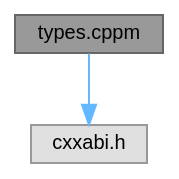
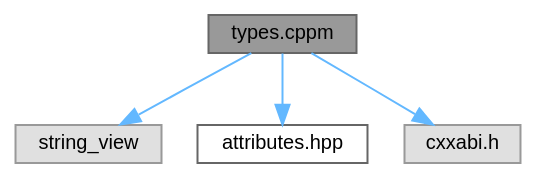
Before and after one commit to ekmett/ein: the diagram in types_8cppm__incl.dot, drawn with Graphviz. The commit also changed 38 other files, not shown here.

```diff
--- a/types_8cppm__incl.dot
+++ b/types_8cppm__incl.dot
@@ -1,11 +1,15 @@
 digraph "types.cppm"
 {
  // INTERACTIVE_SVG=YES
  // LATEX_PDF_SIZE
   bgcolor="transparent";
   edge [fontname=Helvetica,fontsize=10,labelfontname=Helvetica,labelfontsize=10];
   node [fontname=Helvetica,fontsize=10,shape=box,height=0.2,width=0.4];
   Node1 [id="Node000001",label="types.cppm",height=0.2,width=0.4,color="gray40", fillcolor="grey60", style="filled", fontcolor="black",tooltip=" "];
   Node1 -> Node2 [id="edge1_Node000001_Node000002",color="steelblue1",style="solid",tooltip=" "];
-  Node2 [id="Node000002",label="cxxabi.h",height=0.2,width=0.4,color="grey60", fillcolor="#E0E0E0", style="filled",tooltip=" "];
+  Node2 [id="Node000002",label="string_view",height=0.2,width=0.4,color="grey60", fillcolor="#E0E0E0", style="filled",tooltip=" "];
+  Node1 -> Node3 [id="edge2_Node000001_Node000003",color="steelblue1",style="solid",tooltip=" "];
+  Node3 [id="Node000003",label="attributes.hpp",height=0.2,width=0.4,color="grey40", fillcolor="white", style="filled",URL="$attributes_8hpp.html",tooltip="an opinionated subset of clang/gcc attributes"];
+  Node1 -> Node4 [id="edge3_Node000001_Node000004",color="steelblue1",style="solid",tooltip=" "];
+  Node4 [id="Node000004",label="cxxabi.h",height=0.2,width=0.4,color="grey60", fillcolor="#E0E0E0", style="filled",tooltip=" "];
 }
```
